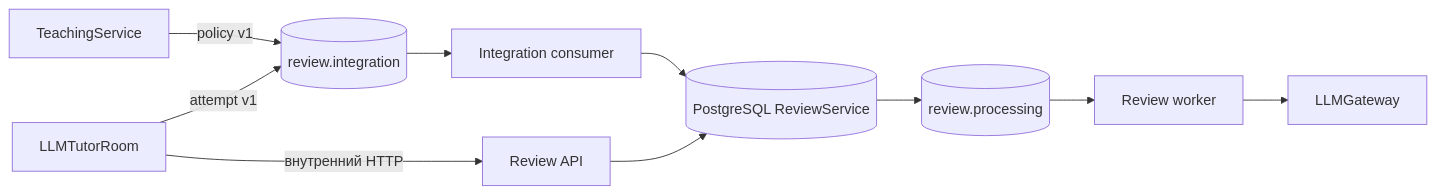
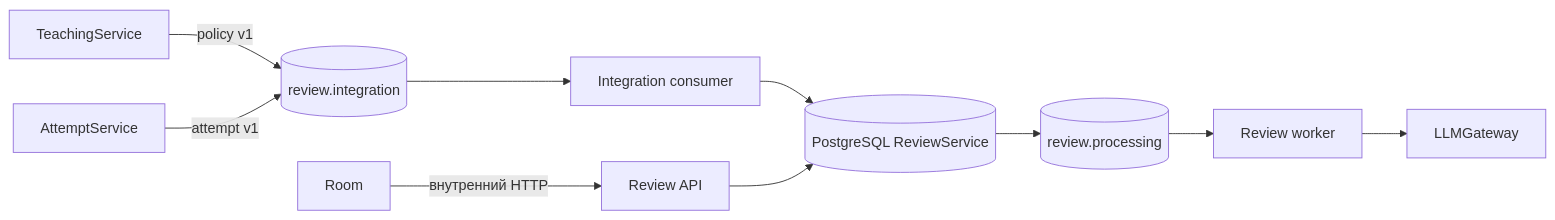
The first of 3 diagrams in docs/review-service.md (KomaMix/LLMTutorRoom), drawn with Mermaid before and after one commit. The commit also changed other lines of this file and 110 other files, not shown here.

Commit message:
feat(attempt): extract attempt lifecycle into standalone service

````diff
--- a/docs/review-service.md
+++ b/docs/review-service.md
@@ -19,12 +19,12 @@
 ```mermaid
 flowchart LR
     Teaching[TeachingService] -->|policy v1| Integration[(review.integration)]
-    Room[LLMTutorRoom] -->|attempt v1| Integration
+    Attempt[AttemptService] -->|attempt v1| Integration
     Integration --> Consumer[Integration consumer]
     Consumer --> DB[(PostgreSQL ReviewService)]
     DB --> Work[(review.processing)]
     Work --> Processor[Review worker]
     Processor --> Gateway[LLMGateway]
     Room -->|внутренний HTTP| API[Review API]
     API --> DB
 ```
````
